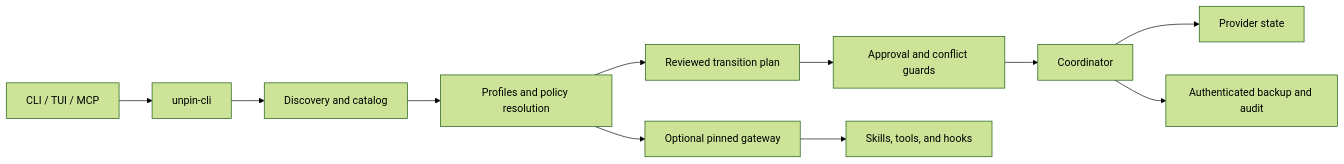
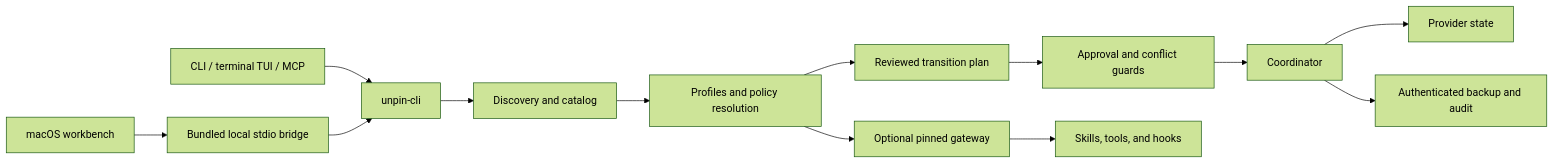
The diagram in docs/ONBOARDING.md (IgorArkhipov/unpin), drawn with Mermaid (forest theme) before and after one commit. The commit also changed other lines of this file and 16 other files, not shown here.

First line of the commit message:
fix(desktop): harden local workbench recovery

````diff
--- a/docs/ONBOARDING.md
+++ b/docs/ONBOARDING.md
@@ -93,13 +120,15 @@
 ```mermaid
 flowchart LR
-    A[CLI / TUI / MCP] --> B[unpin-cli]
+    A[CLI / terminal TUI / MCP] --> B[unpin-cli]
+    Desktop[macOS workbench] --> Bridge[Bundled local stdio bridge]
+    Bridge --> B
     B --> C[Discovery and catalog]
     C --> D[Profiles and policy resolution]
     D --> E[Reviewed transition plan]
     E --> F[Approval and conflict guards]
     F --> G[Coordinator]
     G --> H[Provider state]
     G --> I[Authenticated backup and audit]
     D --> J[Optional pinned gateway]
     J --> K[Skills, tools, and hooks]
 ```
````
